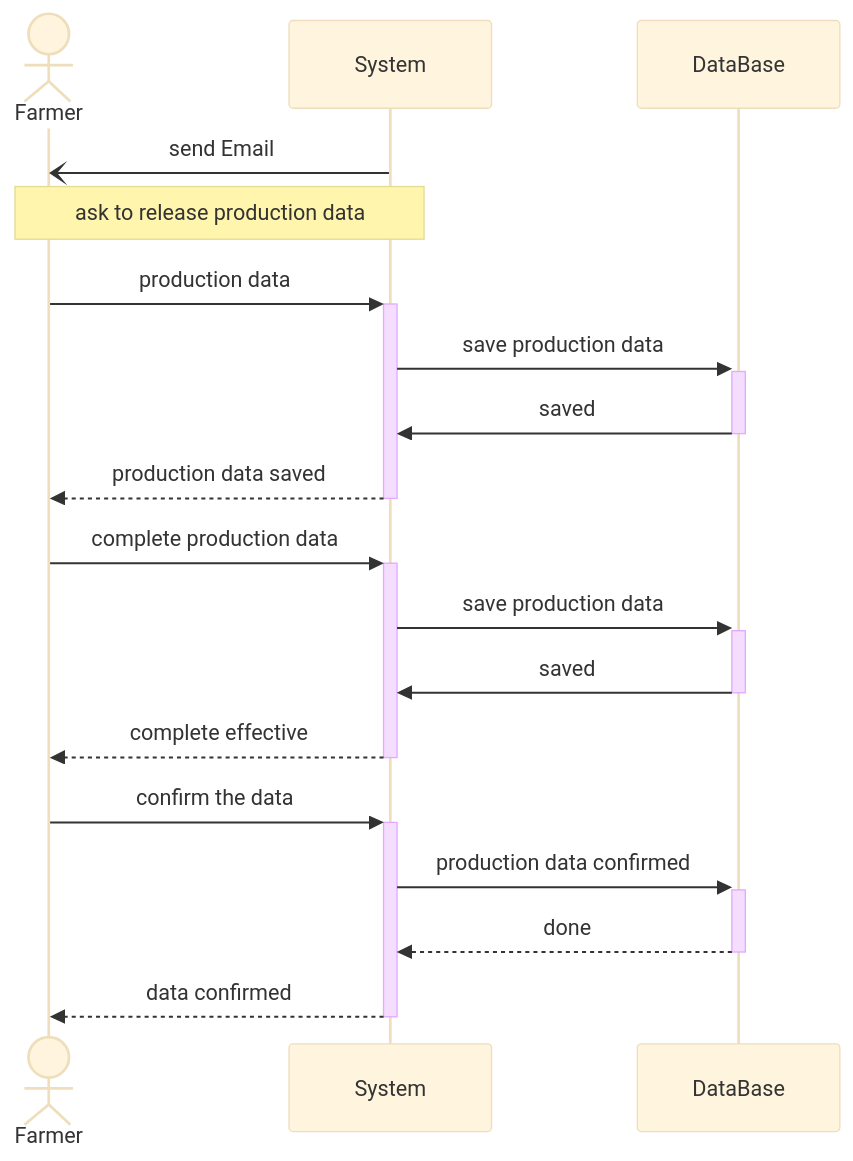
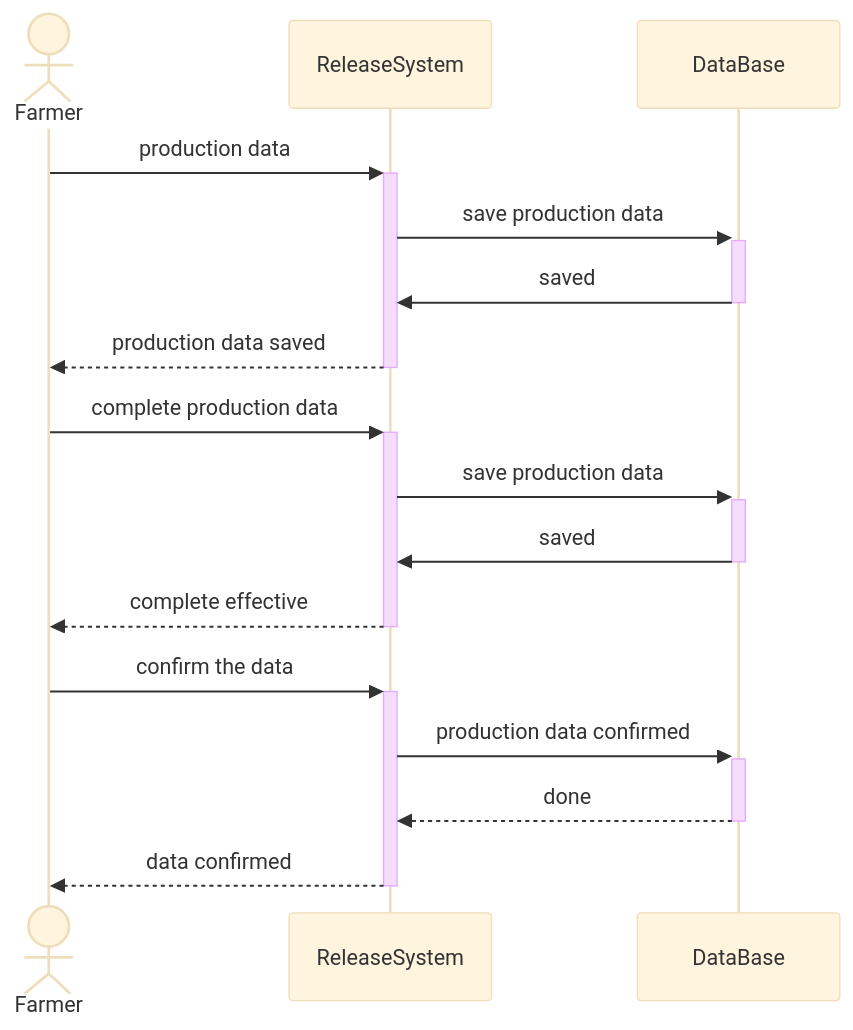
Before and after one commit to thekalipo/DeParcevauxPouliquen: the fifth of 6 diagrams in uml/UMLdd.md, drawn with Mermaid (base theme). The commit also changed other lines of this file and 4 other files, not shown here.

````diff
--- a/uml/UMLdd.md
+++ b/uml/UMLdd.md
@@ -67,19 +80,17 @@
 ```mermaid
 sequenceDiagram
     actor Farmer
-    participant System
-    System -) Farmer: send Email
-    Note over System, Farmer: ask to release production data
-    Farmer ->>+System: production data
-    System ->>+DataBase: save production data
-    DataBase->>-System: saved
-    System-->>-Farmer: production data saved
-    Farmer->>+System: complete production data
-    System ->>+DataBase: save production data
-    DataBase->>-System: saved
-    System-->>-Farmer: complete effective
-    Farmer->>+System: confirm the data
-    System->>+DataBase: production data confirmed
-    DataBase-->>-System: done
-    System-->>-Farmer: data confirmed
+    participant ReleaseSystem
+    Farmer ->>+ReleaseSystem: production data
+    ReleaseSystem ->>+DataBase: save production data
+    DataBase->>-ReleaseSystem: saved
+    ReleaseSystem-->>-Farmer: production data saved
+    Farmer->>+ReleaseSystem: complete production data
+    ReleaseSystem ->>+DataBase: save production data
+    DataBase->>-ReleaseSystem: saved
+    ReleaseSystem-->>-Farmer: complete effective
+    Farmer->>+ReleaseSystem: confirm the data
+    ReleaseSystem->>+DataBase: production data confirmed
+    DataBase-->>-ReleaseSystem: done
+    ReleaseSystem-->>-Farmer: data confirmed
 ```
````
